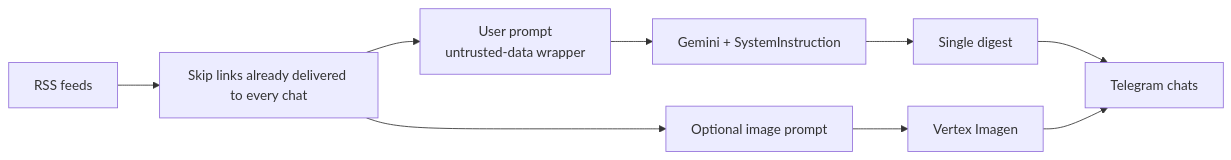
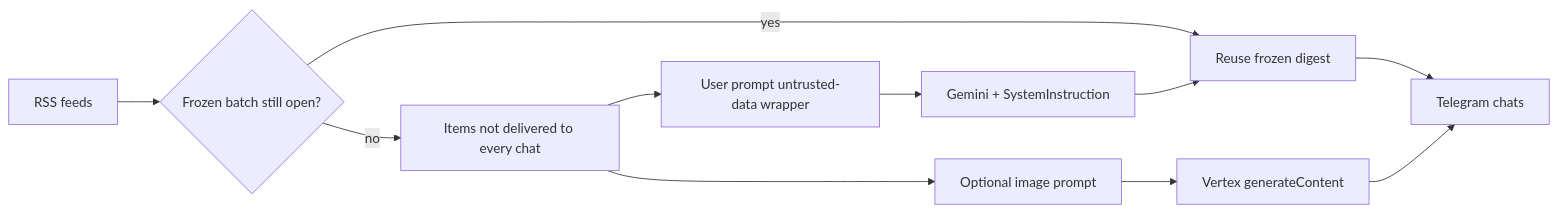
The diagram in README.md (stageNumNotX/neuro-occultist-bot-sample), drawn with Mermaid before and after one commit. The commit also changed other lines of this file and 24 other files, not shown here.

````diff
--- a/README.md
+++ b/README.md
@@ -19,11 +21,13 @@
 ```mermaid
 flowchart LR
-  RSS[RSS feeds] --> Filter[Skip links already delivered to every chat]
-  Filter --> Prompt[User prompt<br/>untrusted-data wrapper]
+  RSS[RSS feeds] --> Pending{Frozen batch still open?}
+  Pending -->|yes| Post[Reuse frozen digest]
+  Pending -->|no| Filter[Items not delivered to every chat]
+  Filter --> Prompt[User prompt untrusted-data wrapper]
   Prompt --> LLM[Gemini + SystemInstruction]
-  LLM --> Post[Single digest]
+  LLM --> Post
   Post --> TG[Telegram chats]
   Filter --> ImgPrompt[Optional image prompt]
-  ImgPrompt --> Imagen[Vertex Imagen]
-  Imagen --> TG
+  ImgPrompt --> VertexImg[Vertex generateContent]
+  VertexImg --> TG
 ```
````
